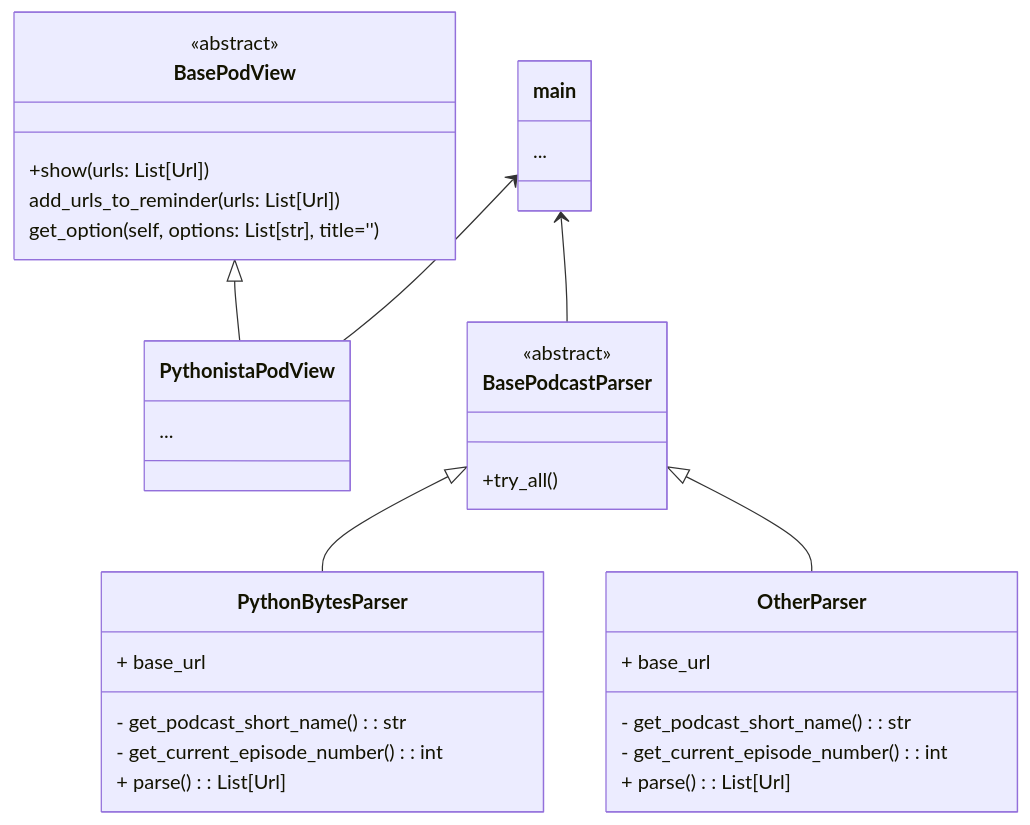
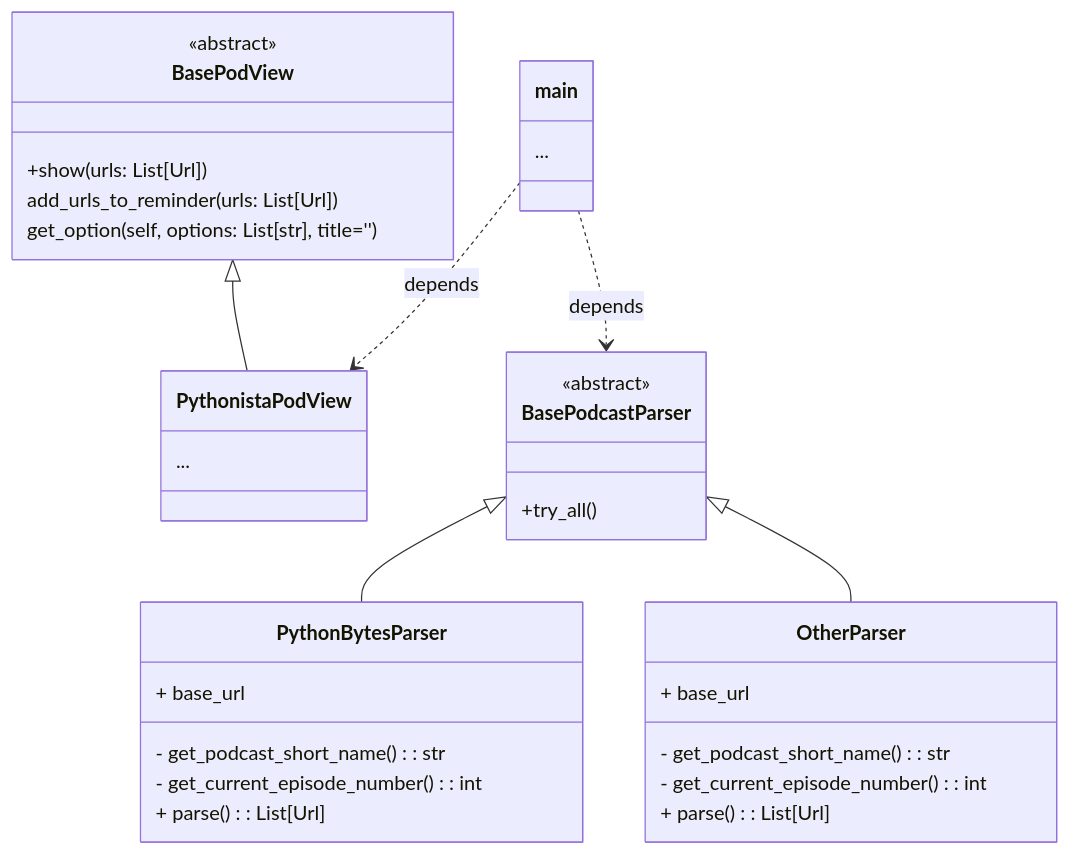
One commit to engdan77/memocast changed the diagram in docs/class_diagram.mmd. Above: the diagram before and after it, drawn with Mermaid.

Commit message:
Modifying class diagram with dependency

```diff
--- a/docs/class_diagram.mmd
+++ b/docs/class_diagram.mmd
@@ -1,40 +1,40 @@
 classDiagram
     BasePodcastParser <|-- PythonBytesParser
     BasePodcastParser <|-- OtherParser
     BasePodView <|-- PythonistaPodView
-    main <-- PythonistaPodView
-    main <-- BasePodcastParser
+    main ..> PythonistaPodView : depends
+    main ..> BasePodcastParser : depends
 
 class BasePodcastParser {
     <<abstract>>
     +try_all()
     }
 
 class PythonBytesParser {
     + base_url
     - get_podcast_short_name() : str
     - get_current_episode_number() : int
     + parse() : List[Url]
     }
 
 class OtherParser {
     + base_url
     - get_podcast_short_name() : str
     - get_current_episode_number() : int
     + parse() : List[Url]
     }
 
 class BasePodView {
     <<abstract>>
     +show(urls: List[Url])
     add_urls_to_reminder(urls: List[Url])
     get_option(self, options: List[str], title='')
 }
 
 class PythonistaPodView {
     ...
 }
 
 class main {
     ...
 }
```
